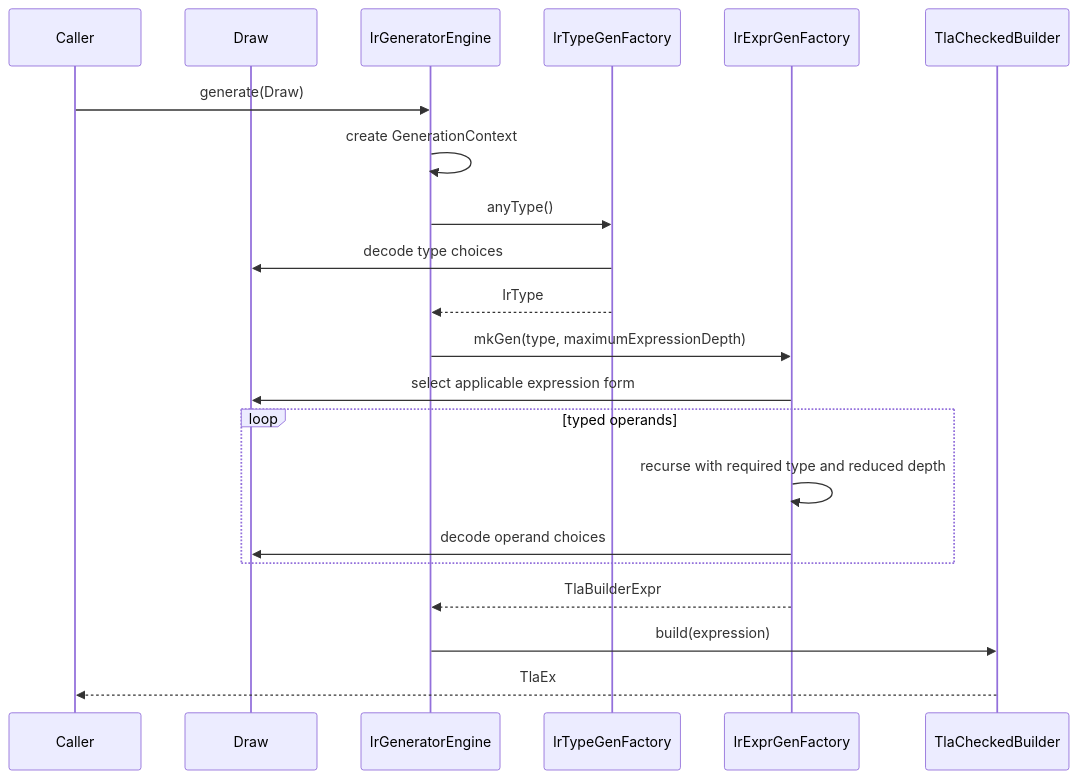
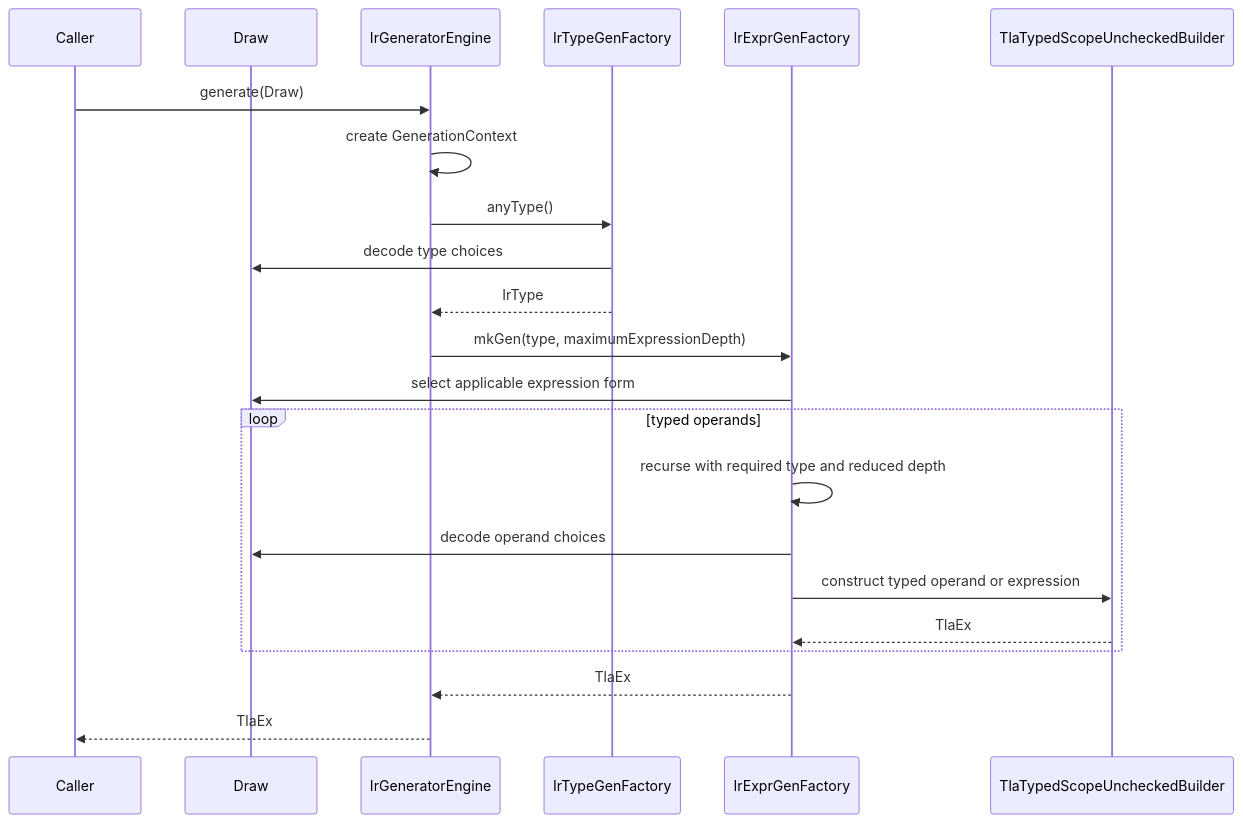
Before and after one commit to tlaplus/model-checker-hardening: the diagram in docs/architecture/ir-generators.md, drawn with Mermaid. The commit also changed other lines of this file and 24 other files, not shown here.

Commit message:
switch to TlaTypedScopeUncheckedBuilder

````diff
--- a/docs/architecture/ir-generators.md
+++ b/docs/architecture/ir-generators.md
@@ -65,24 +65,25 @@
 ```mermaid
 sequenceDiagram
     participant Caller
     participant Draw
     participant Engine as IrGeneratorEngine
     participant Types as IrTypeGenFactory
     participant Exprs as IrExprGenFactory
-    participant Builder as TlaCheckedBuilder
+    participant Builder as TlaTypedScopeUncheckedBuilder
 
     Caller->>Engine: generate(Draw)
     Engine->>Engine: create GenerationContext
     Engine->>Types: anyType()
     Types->>Draw: decode type choices
     Types-->>Engine: IrType
     Engine->>Exprs: mkGen(type, maximumExpressionDepth)
     Exprs->>Draw: select applicable expression form
     loop typed operands
         Exprs->>Exprs: recurse with required type and reduced depth
         Exprs->>Draw: decode operand choices
+        Exprs->>Builder: construct typed operand or expression
+        Builder-->>Exprs: TlaEx
     end
-    Exprs-->>Engine: TlaBuilderExpr
-    Engine->>Builder: build(expression)
-    Builder-->>Caller: TlaEx
+    Exprs-->>Engine: TlaEx
+    Engine-->>Caller: TlaEx
 ```
````
